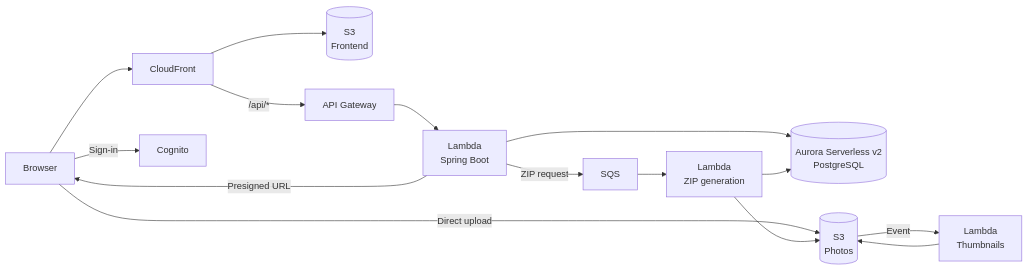
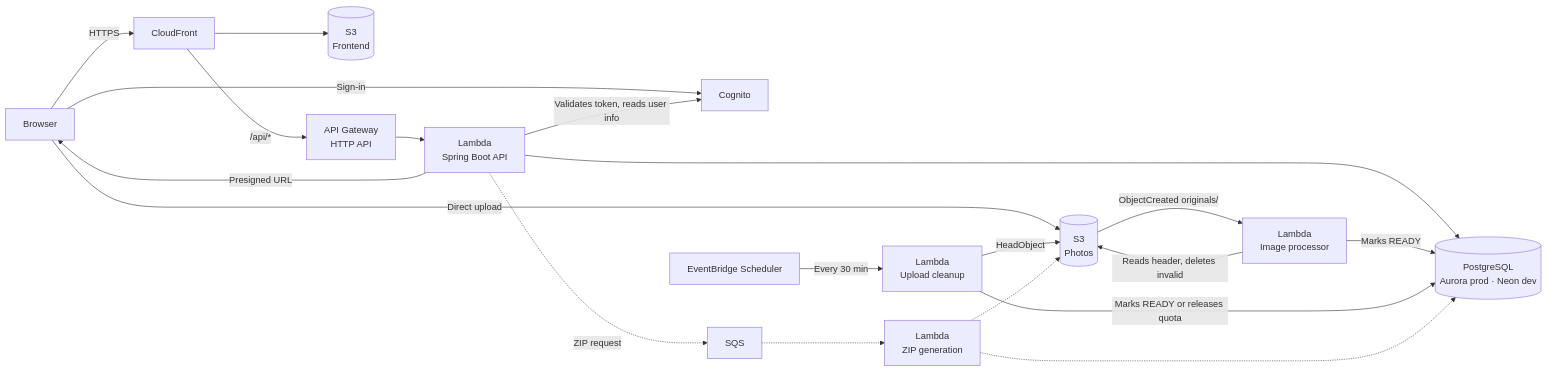
One commit to Eduard20CR/2026-pictures-pov-app changed the diagram in README.md. Above: the diagram before and after it, drawn with Mermaid. The commit also changed other lines of this file and 1 other file, not shown here.

Commit message:
fixing docs (#206)

````diff
--- a/README.md
+++ b/README.md
@@ -33,17 +33,22 @@
 ```mermaid
 flowchart LR
-    U[Browser] --> CF[CloudFront]
+    U[Browser] -->|HTTPS| CF[CloudFront]
     CF --> WEB[(S3<br/>Frontend)]
-    CF -->|/api/*| APIGW[API Gateway]
-    APIGW --> L[Lambda<br/>Spring Boot]
-    L --> DB[(Aurora Serverless v2<br/>PostgreSQL)]
+    CF -->|/api/*| APIGW[API Gateway<br/>HTTP API]
+    APIGW --> L[Lambda<br/>Spring Boot API]
+    L --> DB[(PostgreSQL<br/>Aurora prod · Neon dev)]
     L -->|Presigned URL| U
     U -->|Direct upload| S3[(S3<br/>Photos)]
-    S3 -->|Event| T[Lambda<br/>Thumbnails]
-    T --> S3
-    L -->|ZIP request| Q[SQS]
-    Q --> Z[Lambda<br/>ZIP generation]
-    Z --> S3
-    Z --> DB
     U -->|Sign-in| COG[Cognito]
+    L -->|Validates token, reads user info| COG
+    S3 -->|ObjectCreated originals/| IP[Lambda<br/>Image processor]
+    IP -->|Reads header, deletes invalid| S3
+    IP -->|Marks READY| DB
+    SCH[EventBridge Scheduler] -->|Every 30 min| UC[Lambda<br/>Upload cleanup]
+    UC -->|HeadObject| S3
+    UC -->|Marks READY or releases quota| DB
+    L -.->|ZIP request| Q[SQS]
+    Q -.-> Z[Lambda<br/>ZIP generation]
+    Z -.-> S3
+    Z -.-> DB
 ```
````
